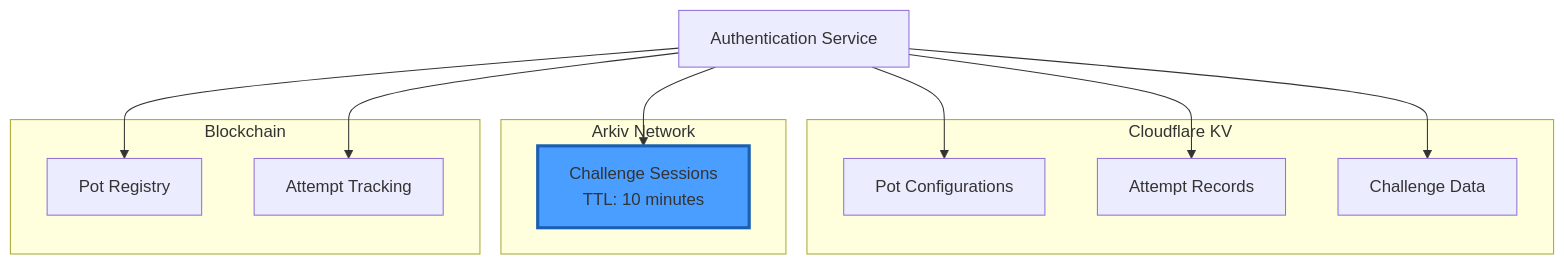
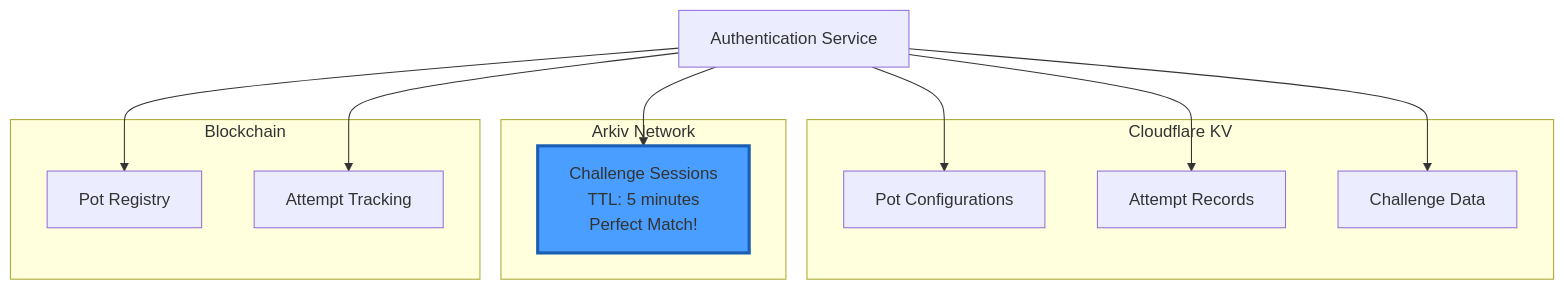
The fourth of 8 diagrams in ARCHITECTURE.md (ideo-mind/auth.money), drawn with Mermaid before and after one commit. The commit also changed other lines of this file and 2 other files, not shown here.

Commit message:
docs: update architecture and README for Arkiv Network integration, emphasizing perfect TTL efficiency and benefits of decentralized storage

````diff
--- a/ARCHITECTURE.md
+++ b/ARCHITECTURE.md
@@ -191,26 +206,26 @@
 ```mermaid
 graph TB
     subgraph "Cloudflare KV"
         KV_POTS[Pot Configurations]
         KV_ATTEMPTS[Attempt Records]
         KV_CHALLENGES[Challenge Data]
     end
 
     subgraph "Arkiv Network"
-        ARKIV_SESSIONS[Challenge Sessions<br/>TTL: 10 minutes]
+        ARKIV_SESSIONS["Challenge Sessions<br/>TTL: 5 minutes<br/>Perfect Match!"]
     end
 
     subgraph "Blockchain"
         BLOCKCHAIN_POTS[Pot Registry]
         BLOCKCHAIN_ATTEMPTS[Attempt Tracking]
     end
 
     AUTH_SERVICE[Authentication Service] --> KV_POTS
     AUTH_SERVICE --> KV_ATTEMPTS
     AUTH_SERVICE --> KV_CHALLENGES
     AUTH_SERVICE --> ARKIV_SESSIONS
     AUTH_SERVICE --> BLOCKCHAIN_POTS
     AUTH_SERVICE --> BLOCKCHAIN_ATTEMPTS
 
     style ARKIV_SESSIONS fill:#4a9eff,stroke:#1a5fb3,stroke-width:3px
 ```
````
